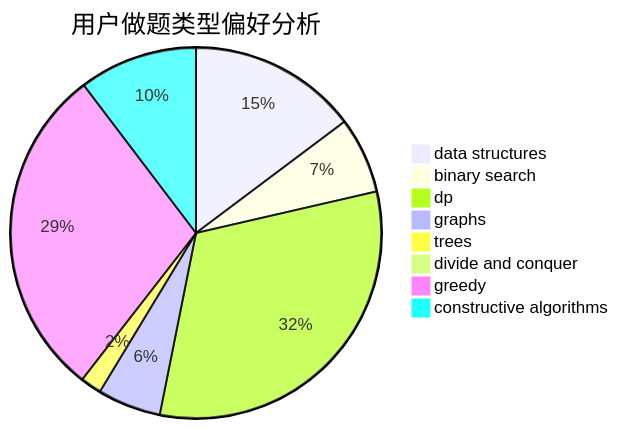
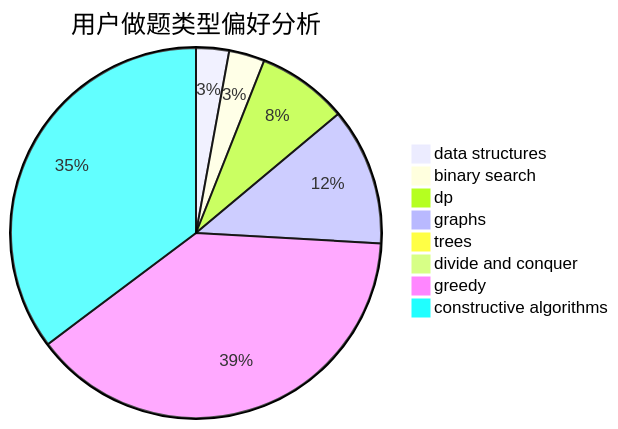
Before and after one commit to sherpahu/cfrs.github.io: the second of 3 diagrams in docs/user/u1431.md, drawn with Mermaid. The commit also changed other lines of this file and 2770 other files, not shown here.

````diff
--- a/docs/user/u1431.md
+++ b/docs/user/u1431.md
@@ -23,11 +23,11 @@
 ```mermaid
 pie title 用户做题类型偏好分析
-    "data structures" :  40
-    "binary search" :  18
-    "dp" :  86
-    "graphs" :  15
-    "trees" :  5
-    "divide and conquer" :  0
-    "greedy" :  79
-    "constructive algorithms" :  28
+    "data structures" :  12
+    "binary search" :  13
+    "dp" :  33
+    "graphs" :  50
+    "trees" :  2
+    "divide and conquer" :  1
+    "greedy" :  162
+    "constructive algorithms" :  147
 ```
````
